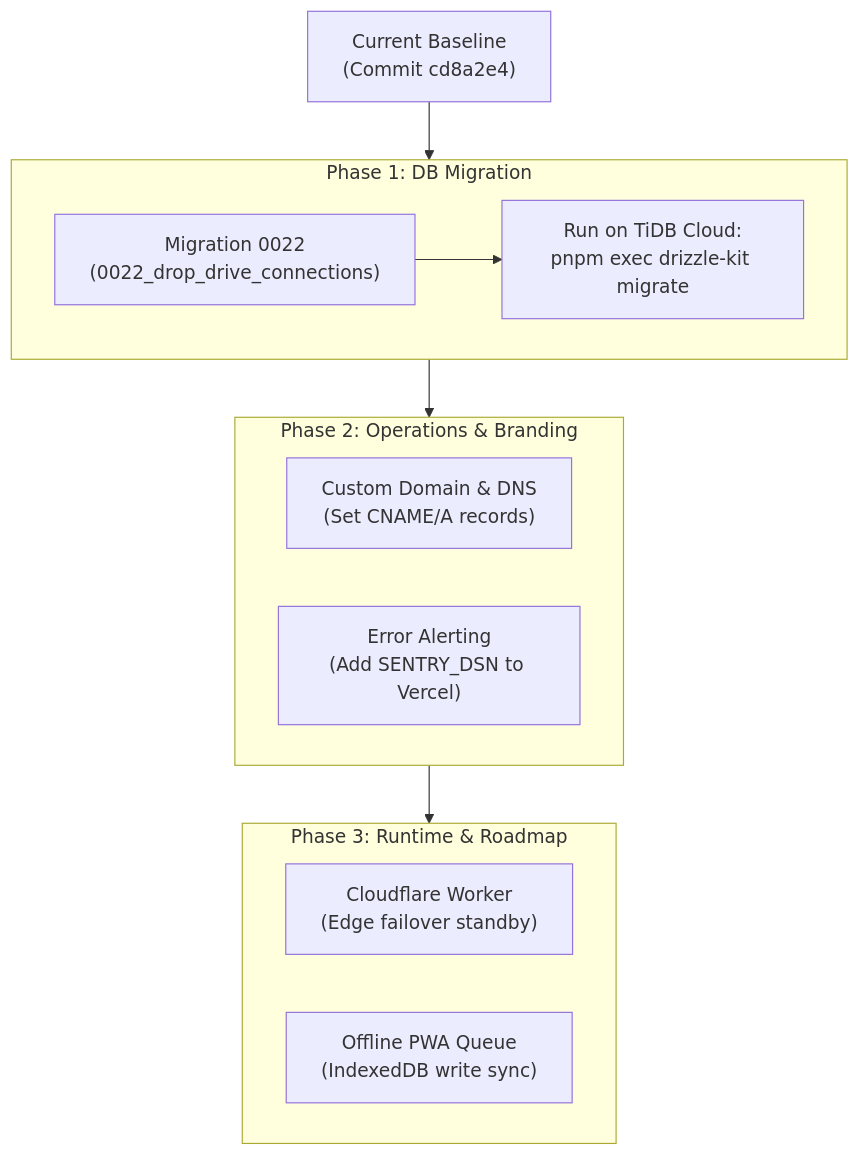
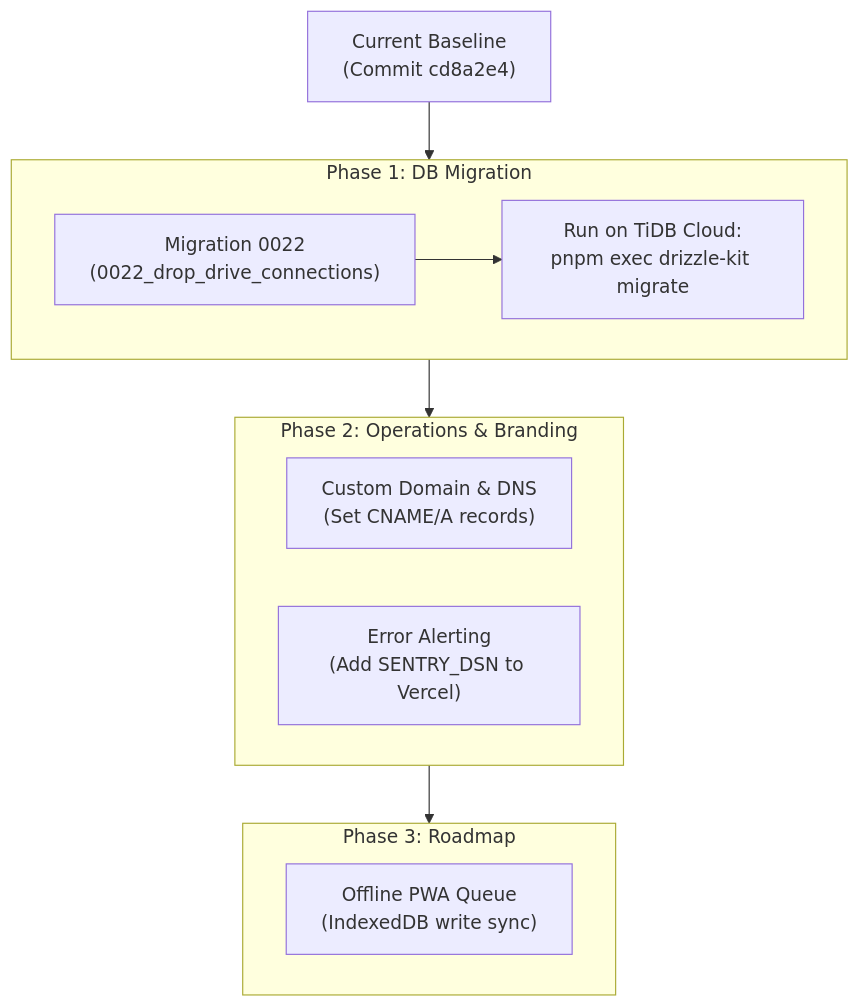
Before and after one commit to Rossy0109/Money_Tracker: the diagram in docs/PRODUCTION-STATUS-AND-ROADMAP.md, drawn with Mermaid. The commit also changed other lines of this file and 59 other files, not shown here.

````diff
--- a/docs/PRODUCTION-STATUS-AND-ROADMAP.md
+++ b/docs/PRODUCTION-STATUS-AND-ROADMAP.md
@@ -16,25 +22,24 @@
 ```mermaid
 flowchart TD
     Start["Current Baseline<br/>(Commit cd8a2e4)"]
     Start --> P1
 
     subgraph P1["Phase 1: DB Migration"]
         M1["Migration 0022<br/>(0022_drop_drive_connections)"]
         M2["Run on TiDB Cloud:<br/>pnpm exec drizzle-kit migrate"]
         M1 --> M2
     end
 
     P1 --> P2
 
     subgraph P2["Phase 2: Operations & Branding"]
         D1["Custom Domain & DNS<br/>(Set CNAME/A records)"]
         S1["Error Alerting<br/>(Add SENTRY_DSN to Vercel)"]
     end
 
     P2 --> P3
 
-    subgraph P3["Phase 3: Runtime & Roadmap"]
-        W1["Cloudflare Worker<br/>(Edge failover standby)"]
+    subgraph P3["Phase 3: Roadmap"]
         O1["Offline PWA Queue<br/>(IndexedDB write sync)"]
     end
 ```
````
